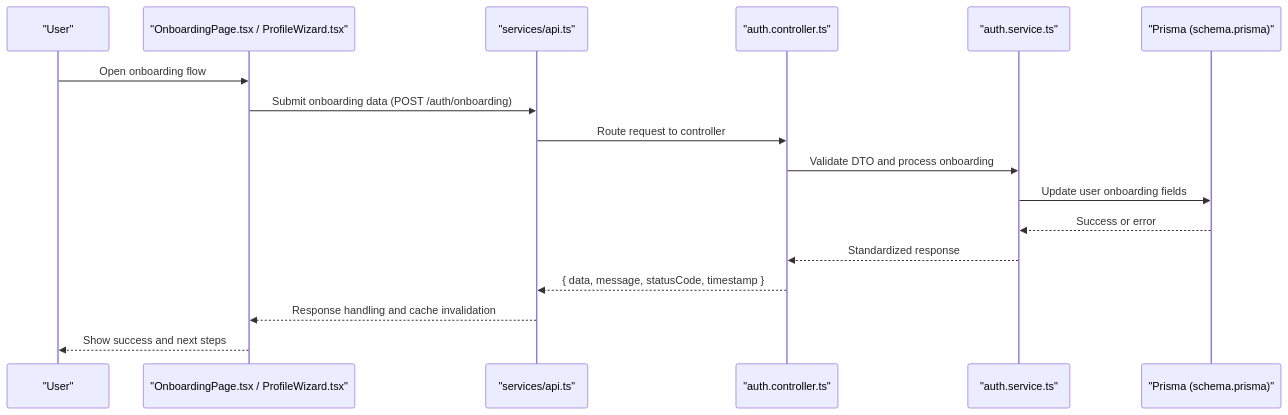
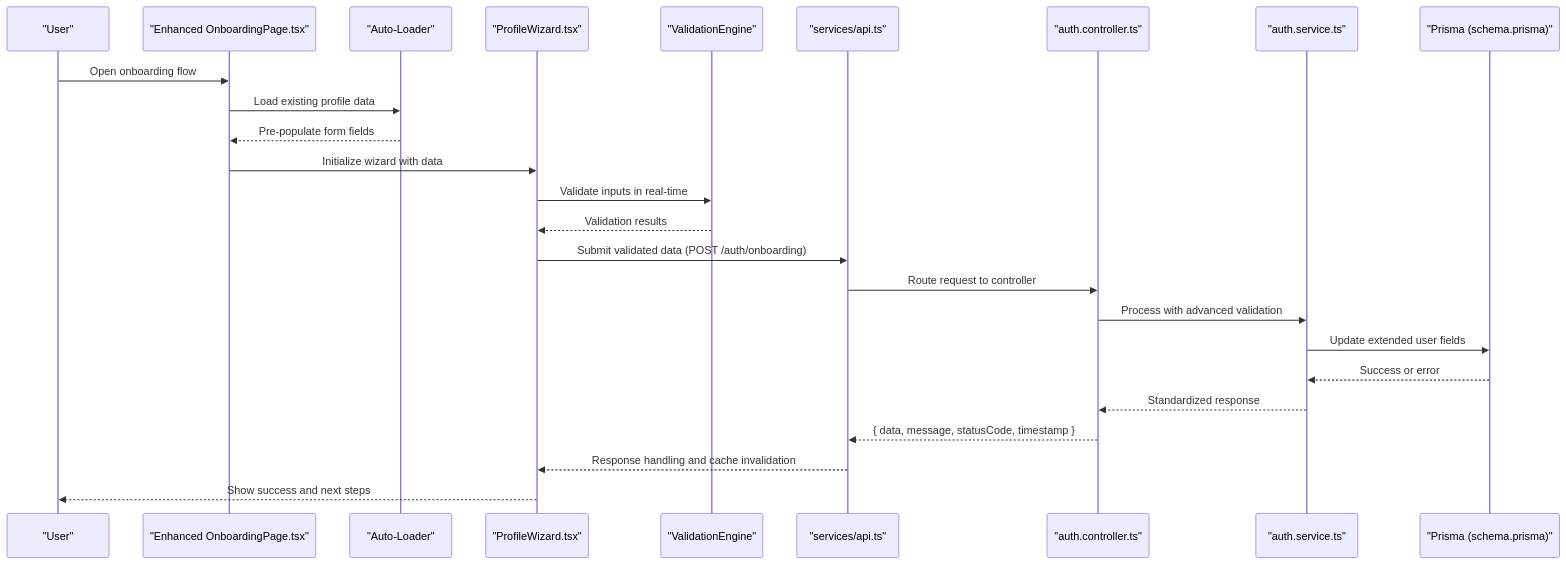
Before and after one commit to RobertRuas/windlog: the second of 6 diagrams in .qoder/repowiki/en/content/Arquitetura Backend/Sistema Obrigatório de Onboarding.md, drawn with Mermaid. The commit also changed other lines of this file and 17 other files, not shown here.

````diff
--- a/.qoder/repowiki/en/content/Arquitetura Backend/Sistema Obrigatório de Onboarding.md
+++ b/.qoder/repowiki/en/content/Arquitetura Backend/Sistema Obrigatório de Onboarding.md
@@ -151,19 +174,27 @@
 ```mermaid
 sequenceDiagram
 participant User as "User"
-participant FE as "OnboardingPage.tsx / ProfileWizard.tsx"
+participant FE as "Enhanced OnboardingPage.tsx"
+participant AE as "Auto-Loader"
+participant PW as "ProfileWizard.tsx"
+participant VE as "ValidationEngine"
 participant API as "services/api.ts"
 participant CTRL as "auth.controller.ts"
 participant SVC as "auth.service.ts"
 participant DB as "Prisma (schema.prisma)"
 User->>FE : Open onboarding flow
-FE->>API : Submit onboarding data (POST /auth/onboarding)
+FE->>AE : Load existing profile data
+AE-->>FE : Pre-populate form fields
+FE->>PW : Initialize wizard with data
+PW->>VE : Validate inputs in real-time
+VE-->>PW : Validation results
+PW->>API : Submit validated data (POST /auth/onboarding)
 API->>CTRL : Route request to controller
-CTRL->>SVC : Validate DTO and process onboarding
-SVC->>DB : Update user onboarding fields
+CTRL->>SVC : Process with advanced validation
+SVC->>DB : Update extended user fields
 DB-->>SVC : Success or error
 SVC-->>CTRL : Standardized response
 CTRL-->>API : { data, message, statusCode, timestamp }
-API-->>FE : Response handling and cache invalidation
-FE-->>User : Show success and next steps
+API-->>PW : Response handling and cache invalidation
+PW-->>User : Show success and next steps
 ```
````
